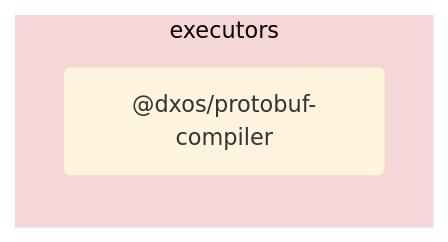
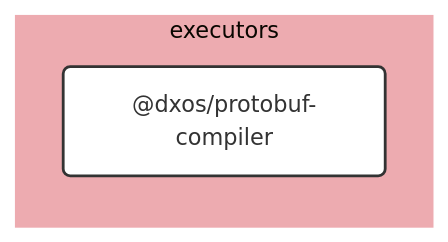
One commit to dxos/dxos changed the diagram in tools/executors/protobuf-compiler/docs/README.md. Above: the diagram before and after it, drawn with Mermaid (base theme). The commit also changed other lines of this file and 109 other files, not shown here.

````diff
--- a/tools/executors/protobuf-compiler/docs/README.md
+++ b/tools/executors/protobuf-compiler/docs/README.md
@@ -5,9 +7,25 @@
 ```mermaid
-flowchart LR;
+%%{ init: {'flowchart':{'curve':'basis'}} }%%
 
+flowchart LR
+
+%% Links
+
+%% Sections
 subgraph executors
-  style executors fill:#f5d6d9,stroke:#fff;
-  dxos/protobuf-compiler("@dxos/protobuf-compiler");
+  style executors fill:#edabb0,stroke:#fff;
+
+  dxos/protobuf-compiler("@dxos/protobuf-compiler")
 end
 
+
+%% Hyperlinks
+
+%% Styles
+classDef rootNode fill:#fff,stroke:#333,stroke-width:2px
+classDef defaultNode fill:#fff,stroke:#333,stroke-width:1px
+linkStyle default stroke:#333,stroke-width:1px
+
+dxos/protobuf-compiler:::rootNode
+
 ```
````
